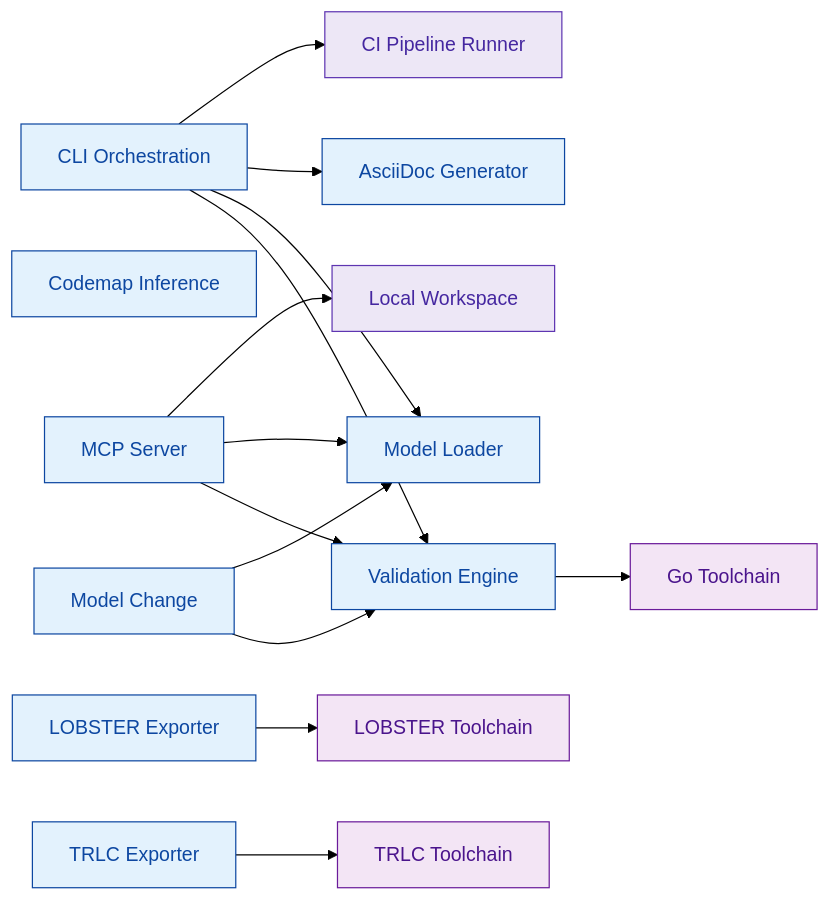
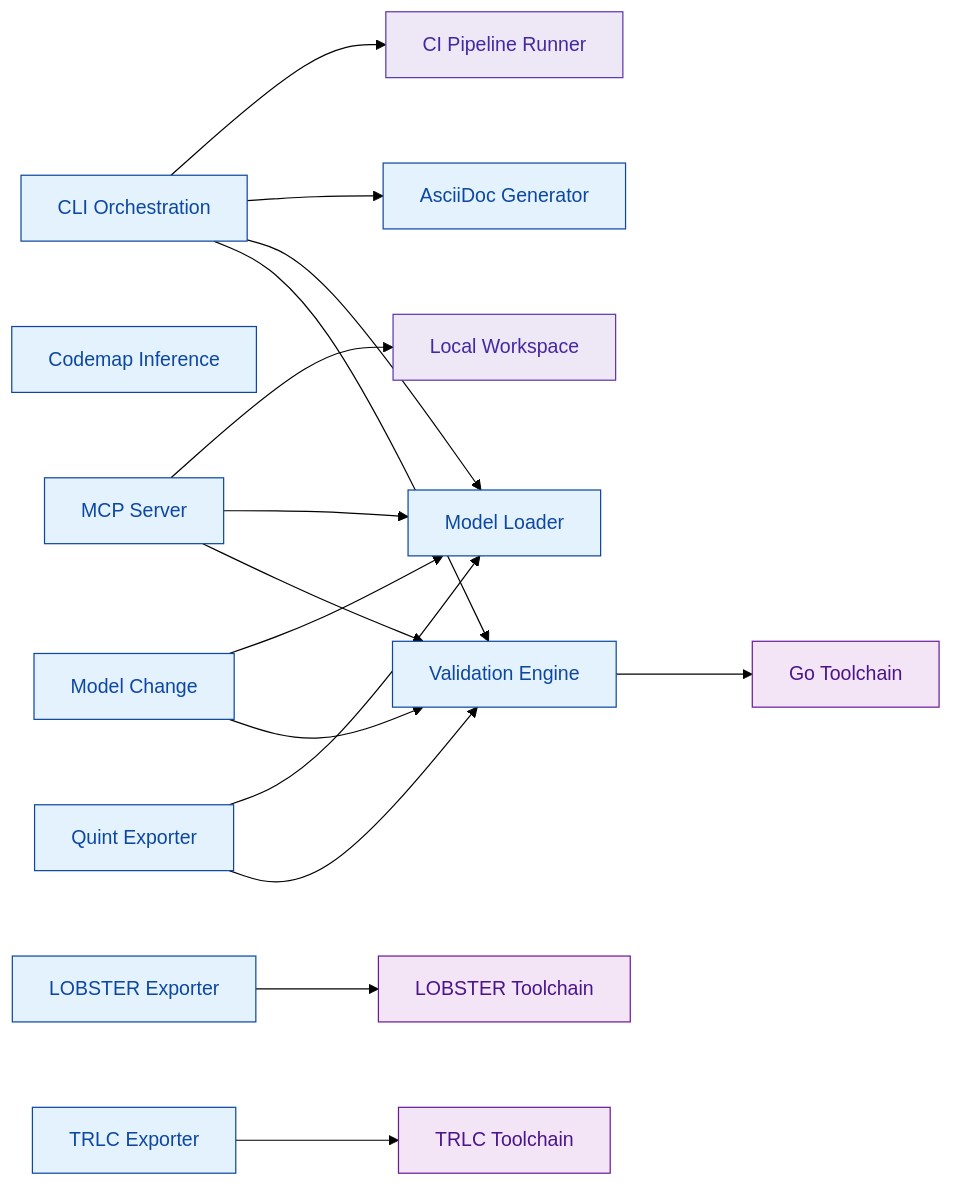
Before and after one commit to labeth/engineering-model-go: the diagram in generated/VIEW-TRACEABILITY.mmd, drawn with Mermaid (forest theme). The commit also changed 722 other files, not shown here.

```diff
--- a/generated/VIEW-TRACEABILITY.mmd
+++ b/generated/VIEW-TRACEABILITY.mmd
@@ -1,49 +1,53 @@
+%%{init: {"flowchart": {"nodeSpacing": 70, "rankSpacing": 100}}}%%
 flowchart LR
 %% view: VIEW-TRACEABILITY (traceability)
 N_DEP_CI_PIPELINE["CI Pipeline Runner"]:::deployment_target
 N_DEP_LOCAL_WORKSPACE["Local Workspace"]:::deployment_target
 N_FU_ASCIIDOC_GENERATOR["AsciiDoc Generator"]:::functional_unit
 N_FU_CLI_ORCHESTRATION["CLI Orchestration"]:::functional_unit
 N_FU_CODEMAP_INFERENCE["Codemap Inference"]:::functional_unit
 N_FU_LOBSTER_EXPORTER["LOBSTER Exporter"]:::functional_unit
 N_FU_MCP_SERVER["MCP Server"]:::functional_unit
 N_FU_MODEL_CHANGE["Model Change"]:::functional_unit
 N_FU_MODEL_LOADER["Model Loader"]:::functional_unit
+N_FU_QUINT_EXPORTER["Quint Exporter"]:::functional_unit
 N_FU_TRLC_EXPORTER["TRLC Exporter"]:::functional_unit
 N_FU_VALIDATION_ENGINE["Validation Engine"]:::functional_unit
 N_REF_GO_TOOLCHAIN["Go Toolchain"]:::referenced_element
 N_REF_LOBSTER_TOOLCHAIN["LOBSTER Toolchain"]:::referenced_element
 N_REF_TRLC_TOOLCHAIN["TRLC Toolchain"]:::referenced_element
 N_FU_CLI_ORCHESTRATION --> N_DEP_CI_PIPELINE
 N_FU_CLI_ORCHESTRATION --> N_FU_ASCIIDOC_GENERATOR
 N_FU_CLI_ORCHESTRATION --> N_FU_MODEL_LOADER
 N_FU_CLI_ORCHESTRATION --> N_FU_VALIDATION_ENGINE
 N_FU_LOBSTER_EXPORTER --> N_REF_LOBSTER_TOOLCHAIN
 N_FU_MCP_SERVER --> N_DEP_LOCAL_WORKSPACE
 N_FU_MCP_SERVER --> N_FU_MODEL_LOADER
 N_FU_MCP_SERVER --> N_FU_VALIDATION_ENGINE
 N_FU_MODEL_CHANGE --> N_FU_MODEL_LOADER
 N_FU_MODEL_CHANGE --> N_FU_VALIDATION_ENGINE
+N_FU_QUINT_EXPORTER --> N_FU_MODEL_LOADER
+N_FU_QUINT_EXPORTER --> N_FU_VALIDATION_ENGINE
 N_FU_TRLC_EXPORTER --> N_REF_TRLC_TOOLCHAIN
 N_FU_VALIDATION_ENGINE --> N_REF_GO_TOOLCHAIN
 classDef system_boundary fill:#f5f5f5,stroke:#424242,stroke-width:2px,color:#212121;
 classDef functional_group fill:#e8f5e9,stroke:#1b5e20,stroke-width:1px,color:#1b5e20;
 classDef functional_unit fill:#e3f2fd,stroke:#0d47a1,stroke-width:1px,color:#0d47a1;
 classDef actor fill:#fff8e1,stroke:#ef6c00,stroke-width:1px,color:#bf360c;
 classDef attack_vector fill:#ffebee,stroke:#b71c1c,stroke-width:1px,color:#7f0000;
 classDef referenced_element fill:#f3e5f5,stroke:#6a1b9a,stroke-width:1px,color:#4a148c;
 classDef interface fill:#e8f5e9,stroke:#2e7d32,stroke-width:2px,stroke-dasharray: 6 3,color:#1b5e20;
 classDef data_object fill:#fff3e0,stroke:#ef6c00,stroke-width:2px,stroke-dasharray: 2 2,color:#e65100;
 classDef deployment_target fill:#ede7f6,stroke:#5e35b1,stroke-width:1px,color:#4527a0;
 classDef control fill:#fce4ec,stroke:#ad1457,stroke-width:1px,color:#880e4f;
 classDef trust_boundary fill:#e0f7fa,stroke:#006064,stroke-width:2px,stroke-dasharray: 10 4,color:#004d40;
 classDef state fill:#e1f5fe,stroke:#0277bd,stroke-width:1px,color:#01579b;
 classDef event fill:#fffde7,stroke:#f9a825,stroke-width:1px,color:#f57f17;
 classDef flow fill:#ede7f6,stroke:#4527a0,stroke-width:2px,color:#311b92;
 classDef flow_step fill:#f1f8e9,stroke:#33691e,stroke-width:2px,color:#1b5e20;
 classDef requirement fill:#fffde7,stroke:#f9a825,stroke-width:1px,color:#7f6000;
 classDef verification fill:#fce4ec,stroke:#ad1457,stroke-width:1px,color:#880e4f;
 classDef runtime_element fill:#b2ebf2,stroke:#00838f,stroke-width:1px,color:#006064;
 classDef deployment_element fill:#d7ccc8,stroke:#4e342e,stroke-width:1px,color:#2f1b14;
 classDef code_element fill:#eeeeee,stroke:#616161,stroke-width:1px,color:#212121;
 classDef unknown fill:#ffffff,stroke:#adb5bd,stroke-width:1px,color:#4f5b62;
```
